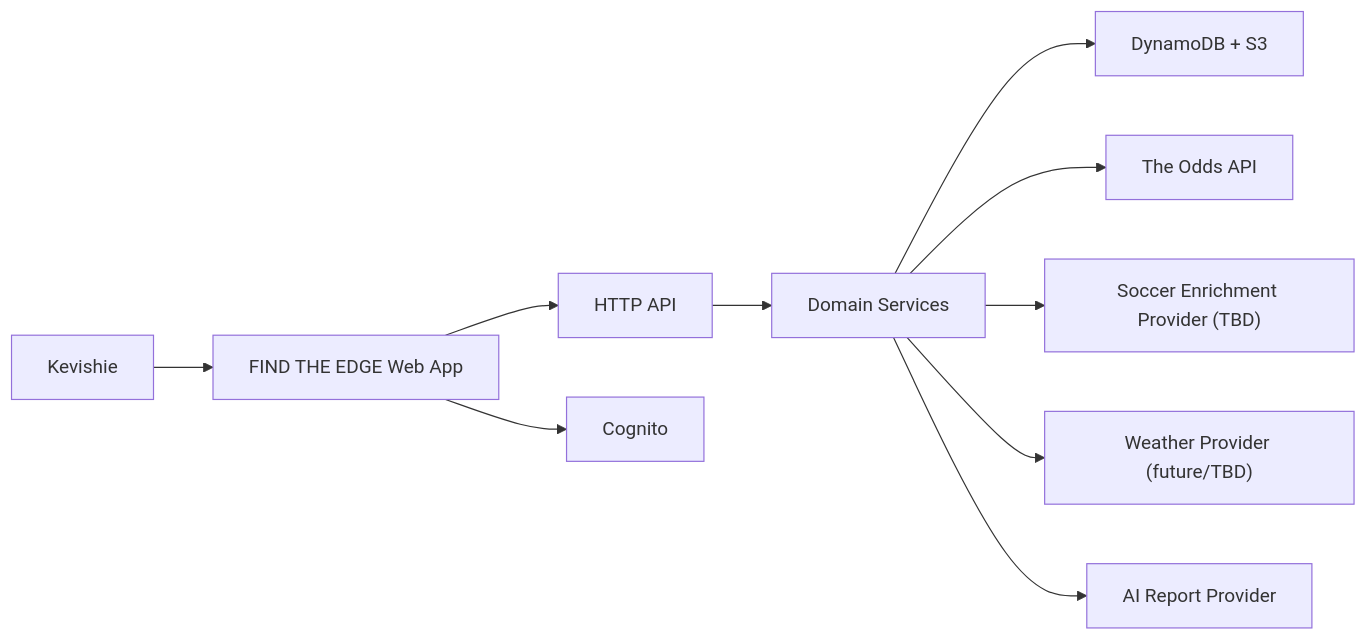
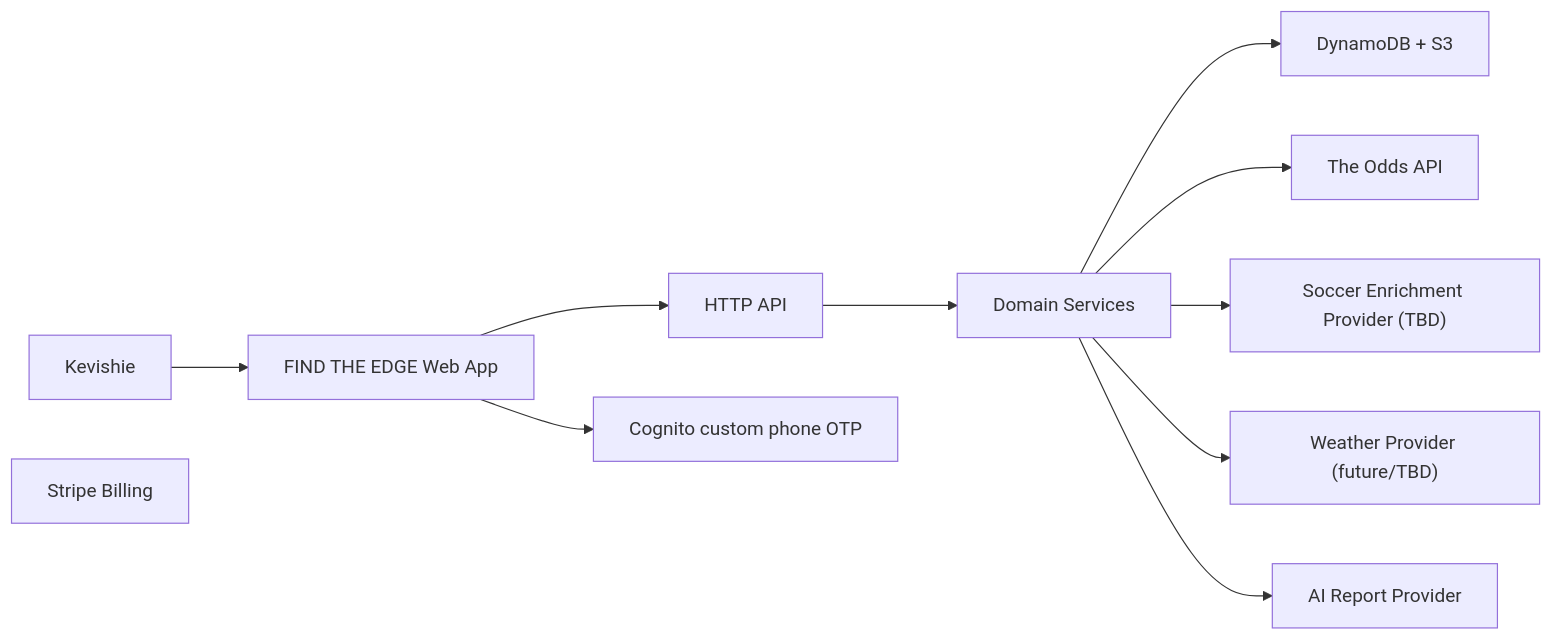
One commit to kevishie/find-the-edge changed the first of 7 diagrams in _bmad-output/planning-artifacts/architecture.md. Above: the diagram before and after it, drawn with Mermaid. The commit also changed other lines of this file and 13 other files, not shown here.

````diff
--- a/_bmad-output/planning-artifacts/architecture.md
+++ b/_bmad-output/planning-artifacts/architecture.md
@@ -143,23 +211,24 @@
 ```mermaid
 flowchart LR
   User["Kevishie"]
   Web["FIND THE EDGE Web App"]
   Api["HTTP API"]
   Domain["Domain Services"]
   OddsApi["The Odds API"]
   SoccerProvider["Soccer Enrichment Provider (TBD)"]
   WeatherProvider["Weather Provider (future/TBD)"]
   AI["AI Report Provider"]
   Data["DynamoDB + S3"]
-  Auth["Cognito"]
+  Auth["Cognito custom phone OTP"]
+  Stripe["Stripe Billing"]
 
   User --> Web
   Web --> Auth
   Web --> Api
   Api --> Domain
   Domain --> Data
   Domain --> OddsApi
   Domain --> SoccerProvider
   Domain --> WeatherProvider
   Domain --> AI
 ```
````
